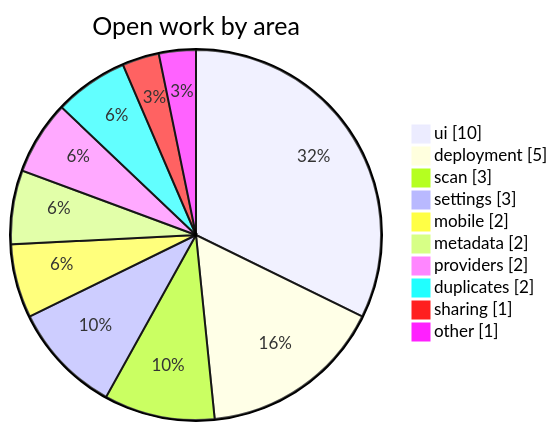
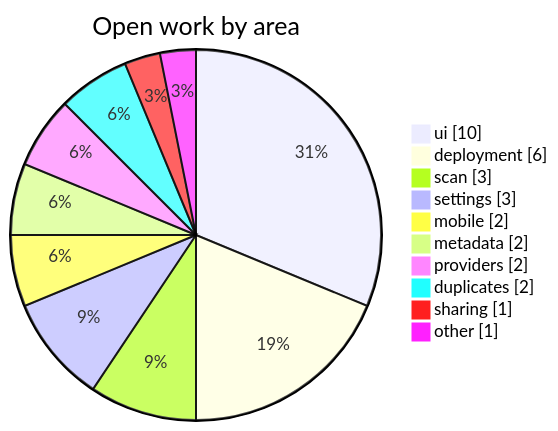
Before and after one commit to silkyclouds/pmda-tracker: the third of 3 diagrams in README.md, drawn with Mermaid. The commit also changed other lines of this file, not shown here.

````diff
--- a/README.md
+++ b/README.md
@@ -31,13 +31,13 @@
 ```mermaid
 pie showData title Open work by area
     "ui" : 10
-    "deployment" : 5
+    "deployment" : 6
     "scan" : 3
     "settings" : 3
     "mobile" : 2
     "metadata" : 2
     "providers" : 2
     "duplicates" : 2
     "sharing" : 1
     "other" : 1
 ```
````
